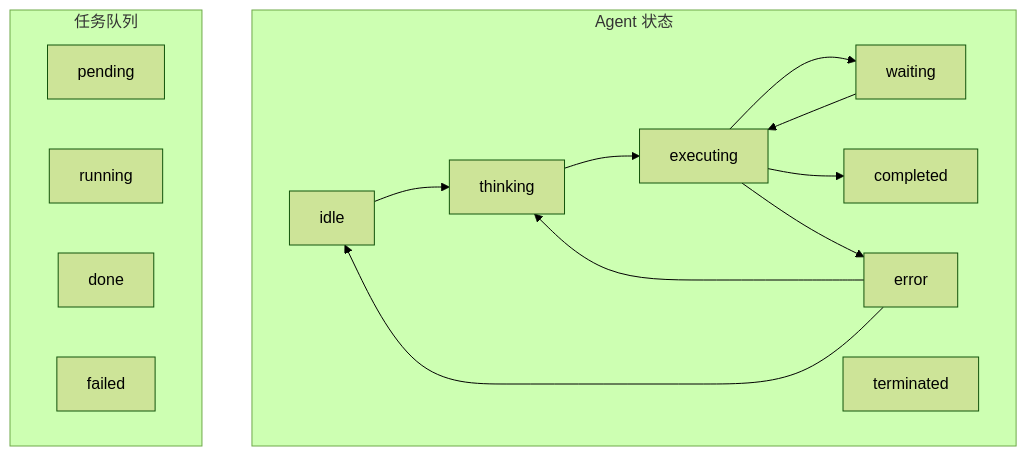
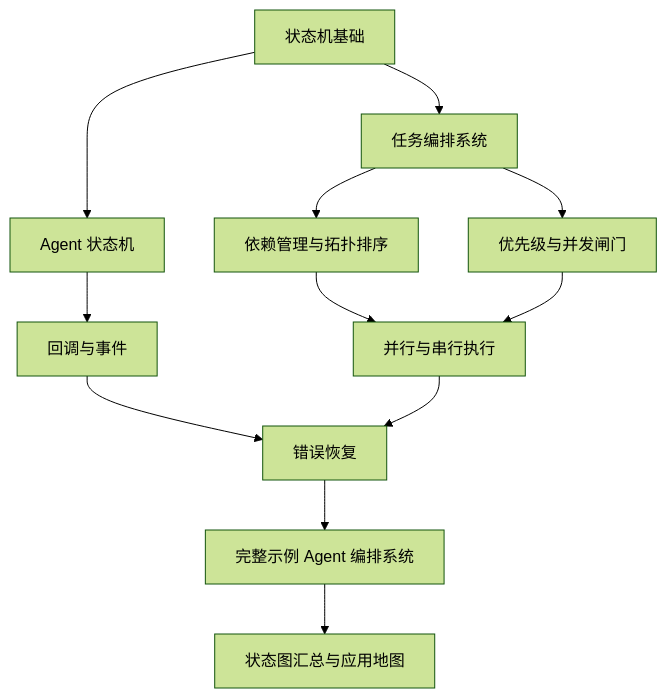
The first of 10 diagrams in docs/agent/architecture/state-machine-patterns.md (Shyu-x/frontend-interview), drawn with Mermaid (forest theme) before and after one commit. The commit also changed other lines of this file and 58 other files, not shown here.

````diff
--- a/docs/agent/architecture/state-machine-patterns.md
+++ b/docs/agent/architecture/state-machine-patterns.md
@@ -2143,28 +17,14 @@
 ```mermaid
-flowchart TB
-    subgraph AgentStates["Agent 状态"]
-        idle["idle"]
-        thinking["thinking"]
-        executing["executing"]
-        waiting["waiting"]
-        completed["completed"]
-        error["error"]
-        terminated["terminated"]
-    end
-    
-    subgraph TaskQueue["任务队列"]
-        pending["pending"]
-        running["running"]
-        done["done"]
-        failed["failed"]
-    end
-    
-    idle --> thinking
-    thinking --> executing
-    executing --> waiting
-    executing --> completed
-    executing --> error
-    waiting --> executing
-    error --> thinking
-    error --> idle
+flowchart TD
+  A["状态机基础"] --> B["Agent 状态机"]
+  A --> C["任务编排系统"]
+  C --> D["依赖管理与拓扑排序"]
+  B --> E["回调与事件"]
+  C --> F["优先级与并发闸门"]
+  D --> G["并行与串行执行"]
+  F --> G
+  E --> H["错误恢复"]
+  G --> H
+  H --> I["完整示例 Agent 编排系统"]
+  I --> J["状态图汇总与应用地图"]
 ```
````
